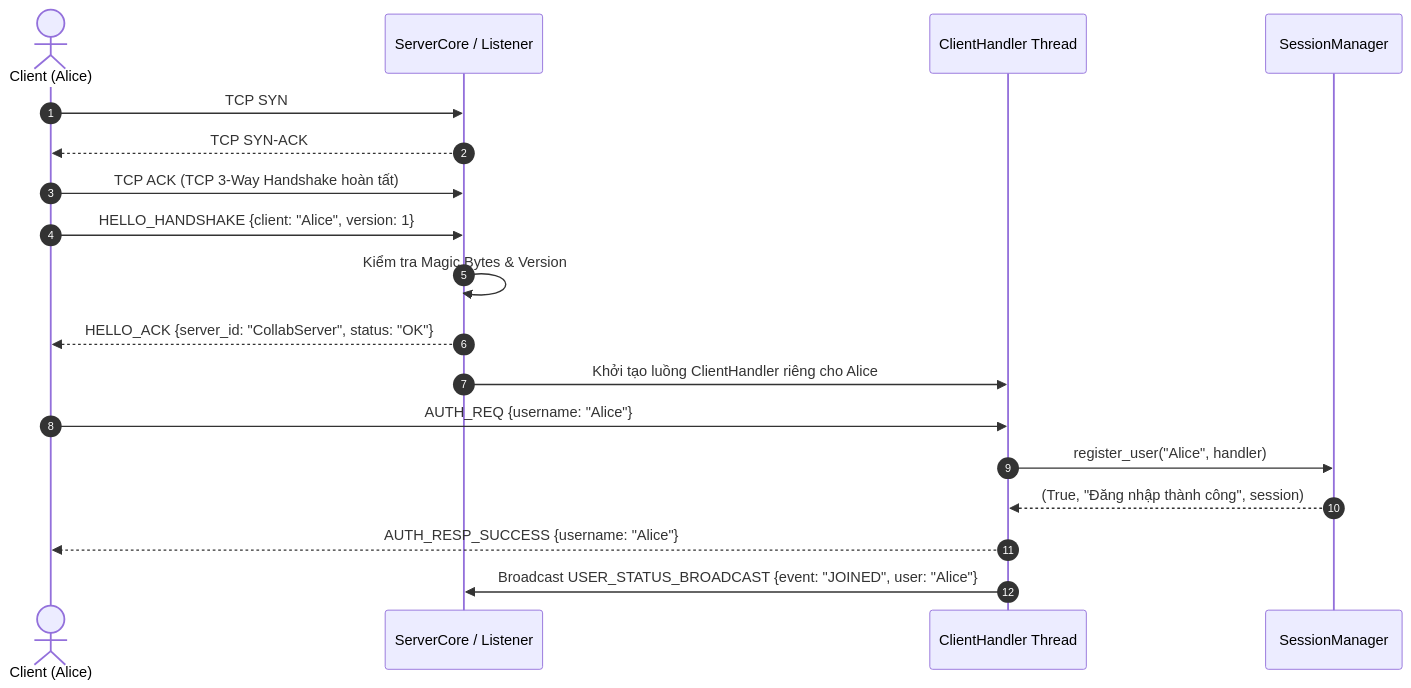
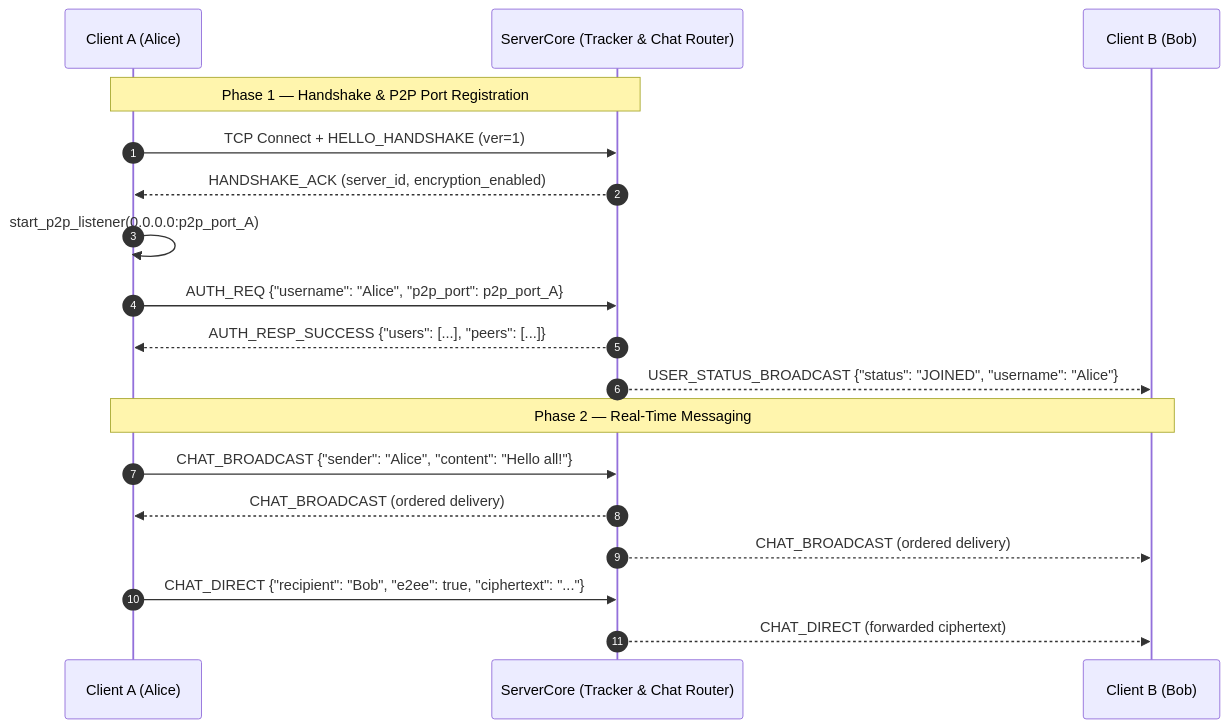
One commit to QuanNguyenCS/DISTRIBUTED-CLIENT-SERVER-COLLABORATION-APPLICATION changed the third of 9 diagrams in docs/technical_report.md. Above: the diagram before and after it, drawn with Mermaid. The commit also changed other lines of this file and 29 other files, not shown here.

````diff
--- a/docs/technical_report.md
+++ b/docs/technical_report.md
@@ -124,23 +234,23 @@
 ```mermaid
 sequenceDiagram
     autonumber
-    actor Alice as Client (Alice)
-    participant Server as ServerCore / Listener
-    participant Handler as ClientHandler Thread
-    participant Session as SessionManager
+    participant Alice as Client A (Alice)
+    participant Server as ServerCore (Tracker & Chat Router)
+    participant Bob as Client B (Bob)
 
-    Alice->>Server: TCP SYN
-    Server-->>Alice: TCP SYN-ACK
-    Alice->>Server: TCP ACK (TCP 3-Way Handshake hoàn tất)
+    Note over Alice,Server: Phase 1 — Handshake & P2P Port Registration
+    Alice->>Server: TCP Connect + HELLO_HANDSHAKE (ver=1)
+    Server-->>Alice: HANDSHAKE_ACK (server_id, encryption_enabled)
+    Alice->>Alice: start_p2p_listener(0.0.0.0:p2p_port_A)
+    Alice->>Server: AUTH_REQ {"username": "Alice", "p2p_port": p2p_port_A}
+    Server-->>Alice: AUTH_RESP_SUCCESS {"users": [...], "peers": [...]}
+    Server-->>Bob: USER_STATUS_BROADCAST {"status": "JOINED", "username": "Alice"}
 
-    Alice->>Server: HELLO_HANDSHAKE {client: "Alice", version: 1}
-    Server->>Server: Kiểm tra Magic Bytes & Version
-    Server-->>Alice: HELLO_ACK {server_id: "CollabServer", status: "OK"}
-    Server->>Handler: Khởi tạo luồng ClientHandler riêng cho Alice
+    Note over Alice,Bob: Phase 2 — Real-Time Messaging
+    Alice->>Server: CHAT_BROADCAST {"sender": "Alice", "content": "Hello all!"}
+    Server-->>Alice: CHAT_BROADCAST (ordered delivery)
+    Server-->>Bob: CHAT_BROADCAST (ordered delivery)
 
-    Alice->>Handler: AUTH_REQ {username: "Alice"}
-    Handler->>Session: register_user("Alice", handler)
-    Session-->>Handler: (True, "Đăng nhập thành công", session)
-    Handler-->>Alice: AUTH_RESP_SUCCESS {username: "Alice"}
-    Handler->>Server: Broadcast USER_STATUS_BROADCAST {event: "JOINED", user: "Alice"}
+    Alice->>Server: CHAT_DIRECT {"recipient": "Bob", "e2ee": true, "ciphertext": "..."}
+    Server-->>Bob: CHAT_DIRECT (forwarded ciphertext)
 ```
````
